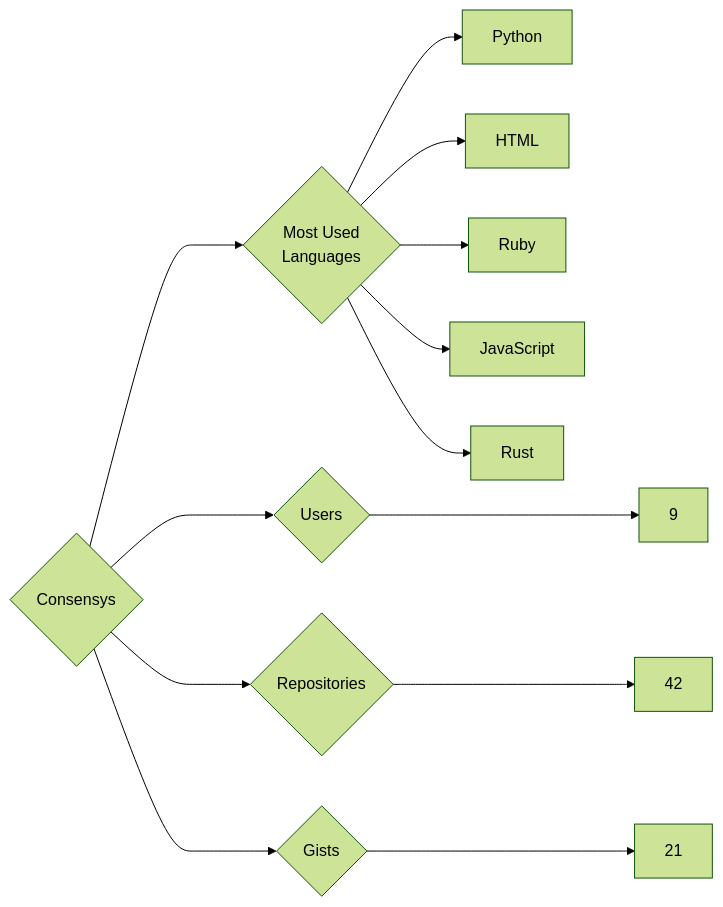
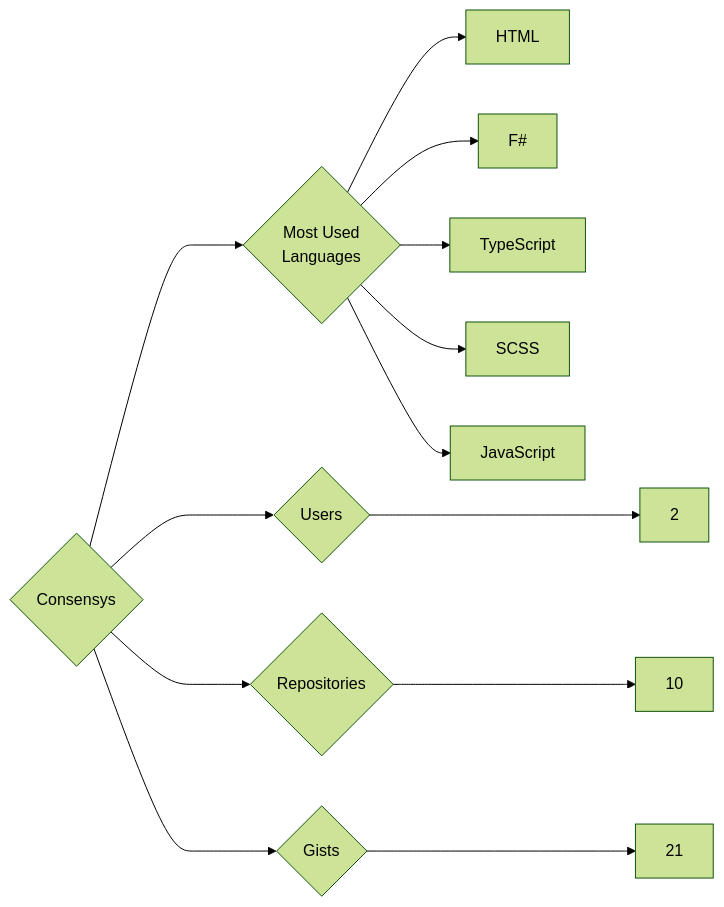
The diagram in targets/Consensys/README.md (trickest/insiders), drawn with Mermaid (forest theme) before and after one commit. The commit also changed 857 other files, not shown here.

````diff
--- a/targets/Consensys/README.md
+++ b/targets/Consensys/README.md
@@ -3,13 +3,13 @@
 ```mermaid
 graph LR
 COMPANY_NAME{Consensys}
-COMPANY_NAME ---> U{Users} ---> UN[9]
-COMPANY_NAME ---> R{Repositories} ---> RN[42]
+COMPANY_NAME ---> U{Users} ---> UN[2]
+COMPANY_NAME ---> R{Repositories} ---> RN[10]
 COMPANY_NAME ---> G{Gists} ---> GN[21]
 COMPANY_NAME ---> ML{Most Used<br>Languages}
-ML --> Python[Python]
 ML --> HTML[HTML]
-ML --> Ruby[Ruby]
+ML --> F#[F#]
+ML --> TypeScript[TypeScript]
+ML --> SCSS[SCSS]
 ML --> JavaScript[JavaScript]
-ML --> Rust[Rust]
 ```
````
